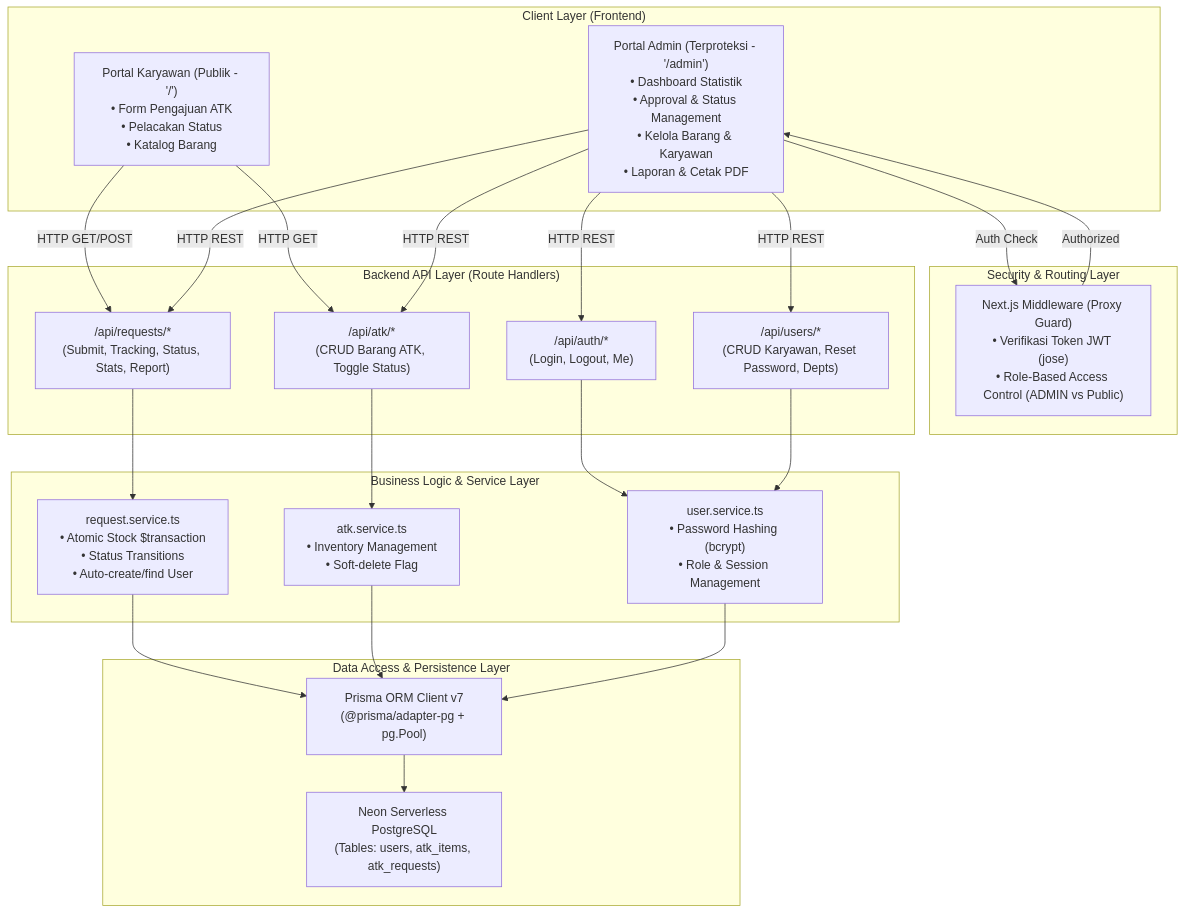
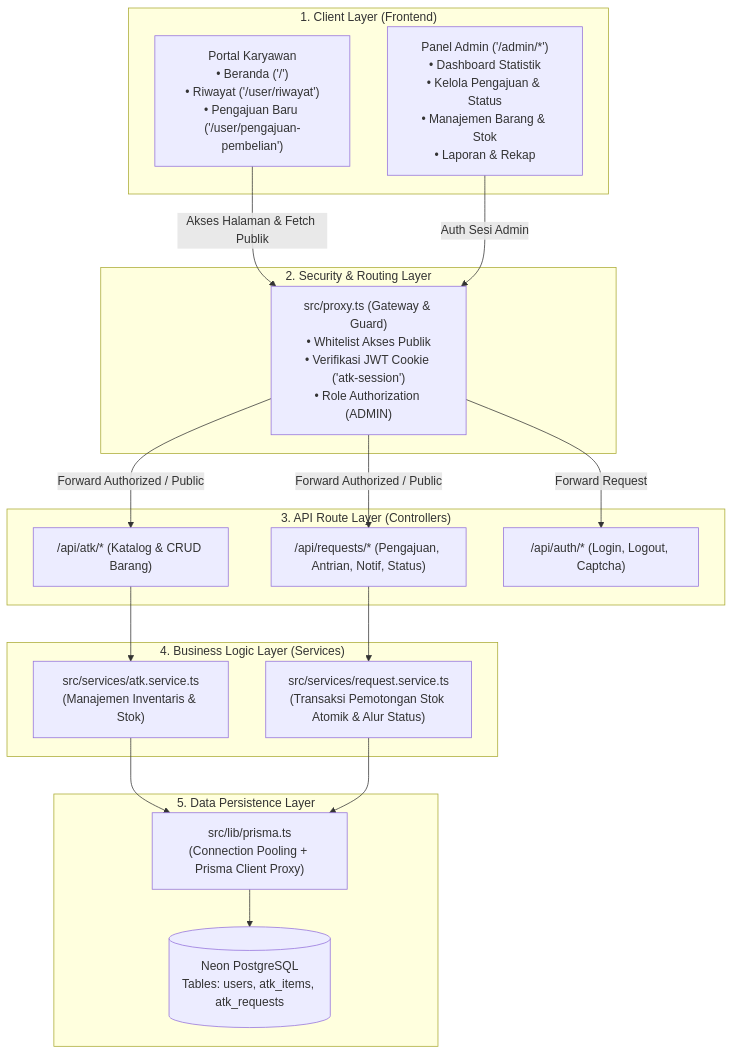
The first of 2 diagrams in doc/arsitektur.md (MuhammadArif-bin1/Pengajuan-ATK), drawn with Mermaid before and after one commit. The commit also changed other lines of this file and 24 other files, not shown here.

Commit message:
feat(refactor): complete system audit and 4-phase clean architecture refactoring

````diff
--- a/doc/arsitektur.md
+++ b/doc/arsitektur.md
@@ -11,49 +19,41 @@
 ```mermaid
 graph TD
-    subgraph "Client Layer (Frontend)"
-        UserPortal["Portal Karyawan (Publik - '/')\n• Form Pengajuan ATK\n• Pelacakan Status\n• Katalog Barang"]
-        AdminPortal["Portal Admin (Terproteksi - '/admin')\n• Dashboard Statistik\n• Approval & Status Management\n• Kelola Barang & Karyawan\n• Laporan & Cetak PDF"]
+    subgraph "1. Client Layer (Frontend)"
+        PublicPortal["Portal Karyawan\n• Beranda ('/')\n• Riwayat ('/user/riwayat')\n• Pengajuan Baru ('/user/pengajuan-pembelian')"]
+        AdminPortal["Panel Admin ('/admin/*')\n• Dashboard Statistik\n• Kelola Pengajuan & Status\n• Manajemen Barang & Stok\n• Laporan & Rekap"]
     end
 
-    subgraph "Security & Routing Layer"
-        Middleware["Next.js Middleware (Proxy Guard)\n• Verifikasi Token JWT (jose)\n• Role-Based Access Control (ADMIN vs Public)"]
+    subgraph "2. Security & Routing Layer"
+        Proxy["src/proxy.ts (Gateway & Guard)\n• Whitelist Akses Publik\n• Verifikasi JWT Cookie ('atk-session')\n• Role Authorization (ADMIN)"]
     end
 
-    subgraph "Backend API Layer (Route Handlers)"
-        AuthAPI["/api/auth/*\n(Login, Logout, Me)"]
-        RequestAPI["/api/requests/*\n(Submit, Tracking, Status, Stats, Report)"]
-        AtkAPI["/api/atk/*\n(CRUD Barang ATK, Toggle Status)"]
-        UserAPI["/api/users/*\n(CRUD Karyawan, Reset Password, Depts)"]
+    subgraph "3. API Route Layer (Controllers)"
+        AtkAPI["/api/atk/* (Katalog & CRUD Barang)"]
+        ReqAPI["/api/requests/* (Pengajuan, Antrian, Notif, Status)"]
+        AuthAPI["/api/auth/* (Login, Logout, Captcha)"]
     end
 
-    subgraph "Business Logic & Service Layer"
-        ReqService["request.service.ts\n• Atomic Stock $transaction\n• Status Transitions\n• Auto-create/find User"]
-        AtkService["atk.service.ts\n• Inventory Management\n• Soft-delete Flag"]
-        UserService["user.service.ts\n• Password Hashing (bcrypt)\n• Role & Session Management"]
+    subgraph "4. Business Logic Layer (Services)"
+        AtkService["src/services/atk.service.ts\n(Manajemen Inventaris & Stok)"]
+        ReqService["src/services/request.service.ts\n(Transaksi Pemotongan Stok Atomik & Alur Status)"]
     end
 
-    subgraph "Data Access & Persistence Layer"
-        PrismaClient["Prisma ORM Client v7\n(@prisma/adapter-pg + pg.Pool)"]
-        PostgreSQL["Neon Serverless PostgreSQL\n(Tables: users, atk_items, atk_requests)"]
+    subgraph "5. Data Persistence Layer"
+        PrismaClient["src/lib/prisma.ts\n(Connection Pooling + Prisma Client Proxy)"]
+        NeonDB[("Neon PostgreSQL\nTables: users, atk_items, atk_requests")]
     end
 
-    UserPortal -->|HTTP GET/POST| RequestAPI
-    UserPortal -->|HTTP GET| AtkAPI
-    AdminPortal -->|Auth Check| Middleware
-    Middleware -->|Authorized| AdminPortal
-    AdminPortal -->|HTTP REST| AuthAPI
-    AdminPortal -->|HTTP REST| RequestAPI
-    AdminPortal -->|HTTP REST| AtkAPI
-    AdminPortal -->|HTTP REST| UserAPI
+    PublicPortal -->|Akses Halaman & Fetch Publik| Proxy
+    AdminPortal -->|Auth Sesi Admin| Proxy
 
-    AuthAPI --> UserService
-    RequestAPI --> ReqService
+    Proxy -->|Forward Authorized / Public| AtkAPI
+    Proxy -->|Forward Authorized / Public| ReqAPI
+    Proxy -->|Forward Request| AuthAPI
+
     AtkAPI --> AtkService
-    UserAPI --> UserService
+    ReqAPI --> ReqService
 
+    AtkService --> PrismaClient
     ReqService --> PrismaClient
-    AtkService --> PrismaClient
-    UserService --> PrismaClient
-
-    PrismaClient --> PostgreSQL
+    PrismaClient --> NeonDB
 ```
````
